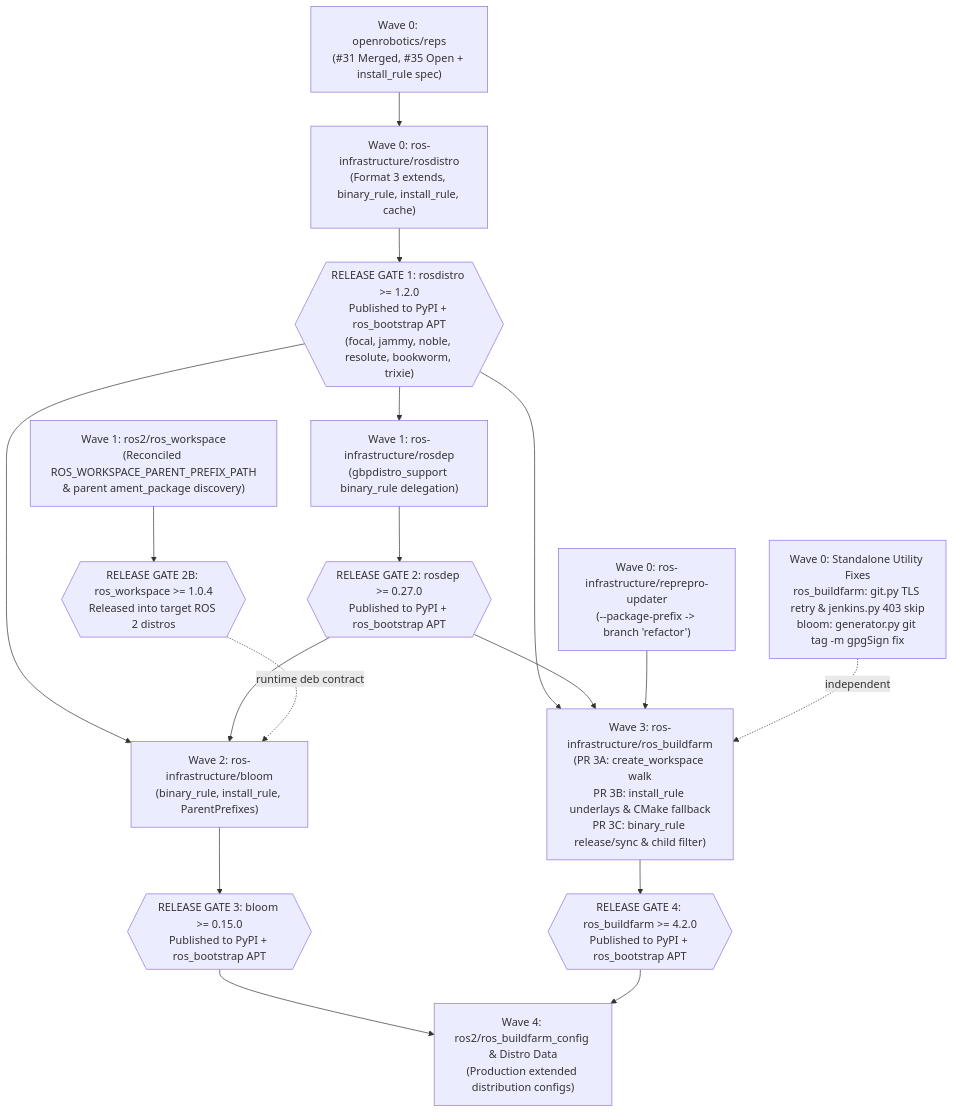
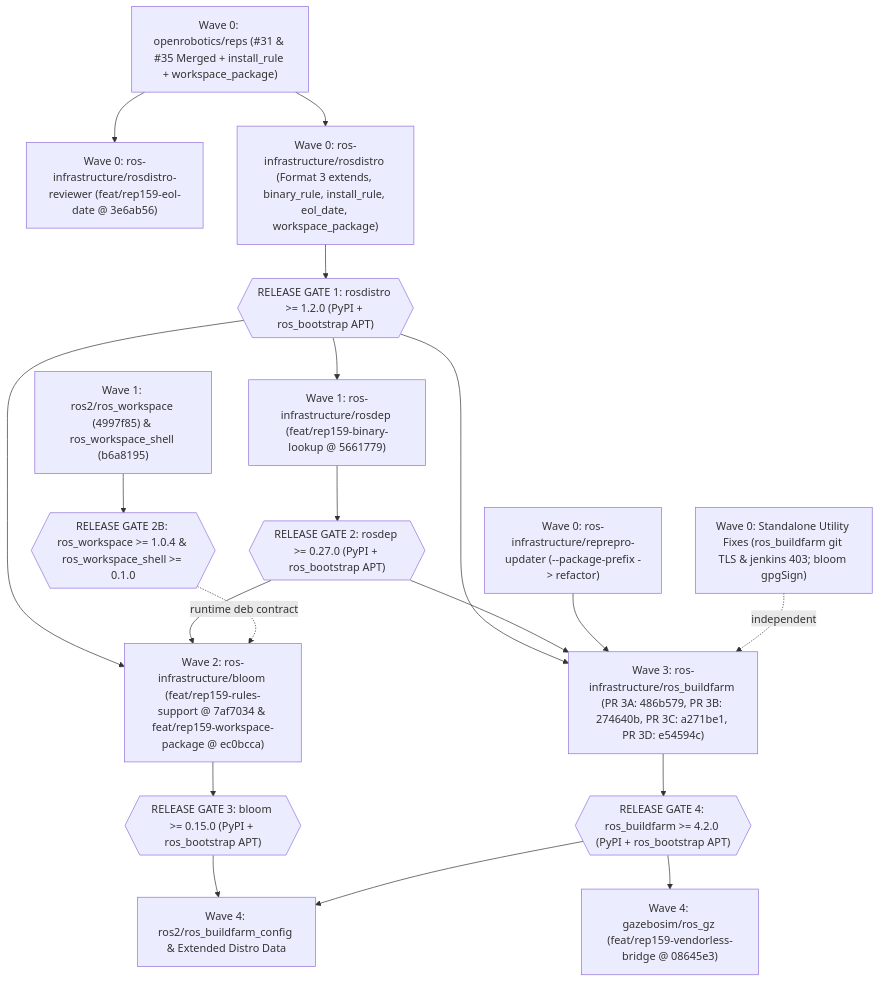
Before and after one commit to KmoM88/rep159-testing: the diagram in roadmap/README.md, drawn with Mermaid. The commit also changed other lines of this file and 15 other files, not shown here.

Commit message:
Consolidate Stage 1-6 docs in roadmap/ with Mermaid core vs testbed diagrams, update rollout/PR plans, and sync Gist

````diff
--- a/roadmap/README.md
+++ b/roadmap/README.md
@@ -11,49 +11,47 @@
 ```mermaid
 flowchart TD
-    %% Wave 0: Zero Release Prerequisites
-    REPS["Wave 0: openrobotics/reps<br/>(#31 Merged, #35 Open + install_rule spec)"]
-    REPREPRO["Wave 0: ros-infrastructure/reprepro-updater<br/>(--package-prefix -> branch 'refactor')"]
-    BF_UTIL["Wave 0: Standalone Utility Fixes<br/>ros_buildfarm: git.py TLS retry & jenkins.py 403 skip<br/>bloom: generator.py git tag -m gpgSign fix"]
-    ROSDISTRO["Wave 0: ros-infrastructure/rosdistro<br/>(Format 3 extends, binary_rule, install_rule, cache)"]
+    REPS["Wave 0: openrobotics/reps (#31 & #35 Merged + install_rule + workspace_package)"]
+    REPREPRO["Wave 0: ros-infrastructure/reprepro-updater (--package-prefix -> refactor)"]
+    REVIEWER["Wave 0: ros-infrastructure/rosdistro-reviewer (feat/rep159-eol-date @ 3e6ab56)"]
+    BF_UTIL["Wave 0: Standalone Utility Fixes (ros_buildfarm git TLS & jenkins 403; bloom gpgSign)"]
+    ROSDISTRO["Wave 0: ros-infrastructure/rosdistro (Format 3 extends, binary_rule, install_rule, eol_date, workspace_package)"]
 
-    %% Release Gate 1
-    GATE1{{"RELEASE GATE 1: rosdistro >= 1.2.0<br/>Published to PyPI + ros_bootstrap APT<br/>(focal, jammy, noble, resolute, bookworm, trixie)"}}
+    GATE1{{"RELEASE GATE 1: rosdistro >= 1.2.0 (PyPI + ros_bootstrap APT)"}}
 
-    %% Wave 1
-    ROSDEP["Wave 1: ros-infrastructure/rosdep<br/>(gbpdistro_support binary_rule delegation)"]
-    WORKSPACE["Wave 1: ros2/ros_workspace<br/>(Reconciled ROS_WORKSPACE_PARENT_PREFIX_PATH<br/>& parent ament_package discovery)"]
+    ROSDEP["Wave 1: ros-infrastructure/rosdep (feat/rep159-binary-lookup @ 5661779)"]
+    WORKSPACE["Wave 1: ros2/ros_workspace (4997f85) & ros_workspace_shell (b6a8195)"]
 
-    %% Release Gate 2
-    GATE2{{"RELEASE GATE 2: rosdep >= 0.27.0<br/>Published to PyPI + ros_bootstrap APT"}}
-    GATE2B{{"RELEASE GATE 2B: ros_workspace >= 1.0.4<br/>Released into target ROS 2 distros"}}
+    GATE2{{"RELEASE GATE 2: rosdep >= 0.27.0 (PyPI + ros_bootstrap APT)"}}
+    GATE2B{{"RELEASE GATE 2B: ros_workspace >= 1.0.4 & ros_workspace_shell >= 0.1.0"}}
 
-    %% Wave 2 & 3
-    BLOOM["Wave 2: ros-infrastructure/bloom<br/>(binary_rule, install_rule, ParentPrefixes)"]
-    GATE3{{"RELEASE GATE 3: bloom >= 0.15.0<br/>Published to PyPI + ros_bootstrap APT"}}
+    BLOOM["Wave 2: ros-infrastructure/bloom (feat/rep159-rules-support @ 7af7034 & feat/rep159-workspace-package @ ec0bcca)"]
+    GATE3{{"RELEASE GATE 3: bloom >= 0.15.0 (PyPI + ros_bootstrap APT)"}}
 
-    BUILDFARM["Wave 3: ros-infrastructure/ros_buildfarm<br/>(PR 3A: create_workspace walk<br/>PR 3B: install_rule underlays & CMake fallback<br/>PR 3C: binary_rule release/sync & child filter)"]
-    GATE4{{"RELEASE GATE 4: ros_buildfarm >= 4.2.0<br/>Published to PyPI + ros_bootstrap APT"}}
+    BUILDFARM["Wave 3: ros-infrastructure/ros_buildfarm (PR 3A: 486b579, PR 3B: 274640b, PR 3C: a271be1, PR 3D: e54594c)"]
+    GATE4{{"RELEASE GATE 4: ros_buildfarm >= 4.2.0 (PyPI + ros_bootstrap APT)"}}
 
-    %% Wave 4
-    CONFIG["Wave 4: ros2/ros_buildfarm_config & Distro Data<br/>(Production extended distribution configs)"]
+    ROS_GZ["Wave 4: gazebosim/ros_gz (feat/rep159-vendorless-bridge @ 08645e3)"]
+    CONFIG["Wave 4: ros2/ros_buildfarm_config & Extended Distro Data"]
 
     REPS --> ROSDISTRO
+    REPS --> REVIEWER
     ROSDISTRO --> GATE1
     GATE1 --> ROSDEP
     ROSDEP --> GATE2
 
     GATE1 --> BLOOM
     GATE2 --> BLOOM
     WORKSPACE --> GATE2B
     GATE2B -. "runtime deb contract" .-> BLOOM
     BLOOM --> GATE3
 
     GATE1 --> BUILDFARM
     GATE2 --> BUILDFARM
     REPREPRO --> BUILDFARM
     BF_UTIL -. "independent" .-> BUILDFARM
     BUILDFARM --> GATE4
 
     GATE3 --> CONFIG
     GATE4 --> CONFIG
+    GATE4 --> ROS_GZ
 ```
````
